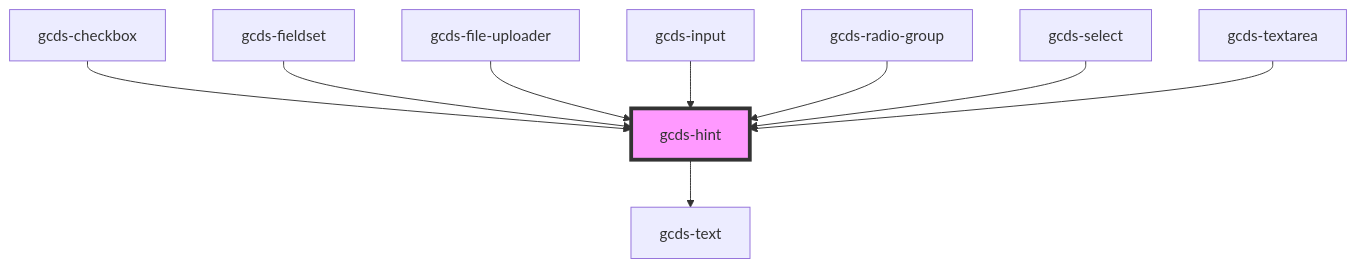
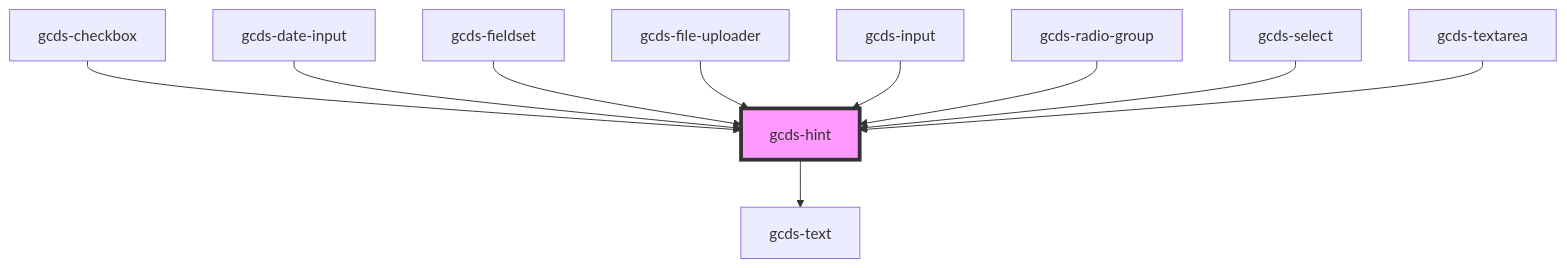
The diagram in packages/web/src/components/gcds-hint/readme.md (cds-snc/gcds-components), drawn with Mermaid before and after one commit. The commit also changed other lines of this file and 5 other files, not shown here.

````diff
--- a/packages/web/src/components/gcds-hint/readme.md
+++ b/packages/web/src/components/gcds-hint/readme.md
@@ -39,12 +40,13 @@
 ```mermaid
 graph TD;
   gcds-hint --> gcds-text
   gcds-checkbox --> gcds-hint
+  gcds-date-input --> gcds-hint
   gcds-fieldset --> gcds-hint
   gcds-file-uploader --> gcds-hint
   gcds-input --> gcds-hint
   gcds-radio-group --> gcds-hint
   gcds-select --> gcds-hint
   gcds-textarea --> gcds-hint
   style gcds-hint fill:#f9f,stroke:#333,stroke-width:4px
 ```
````
